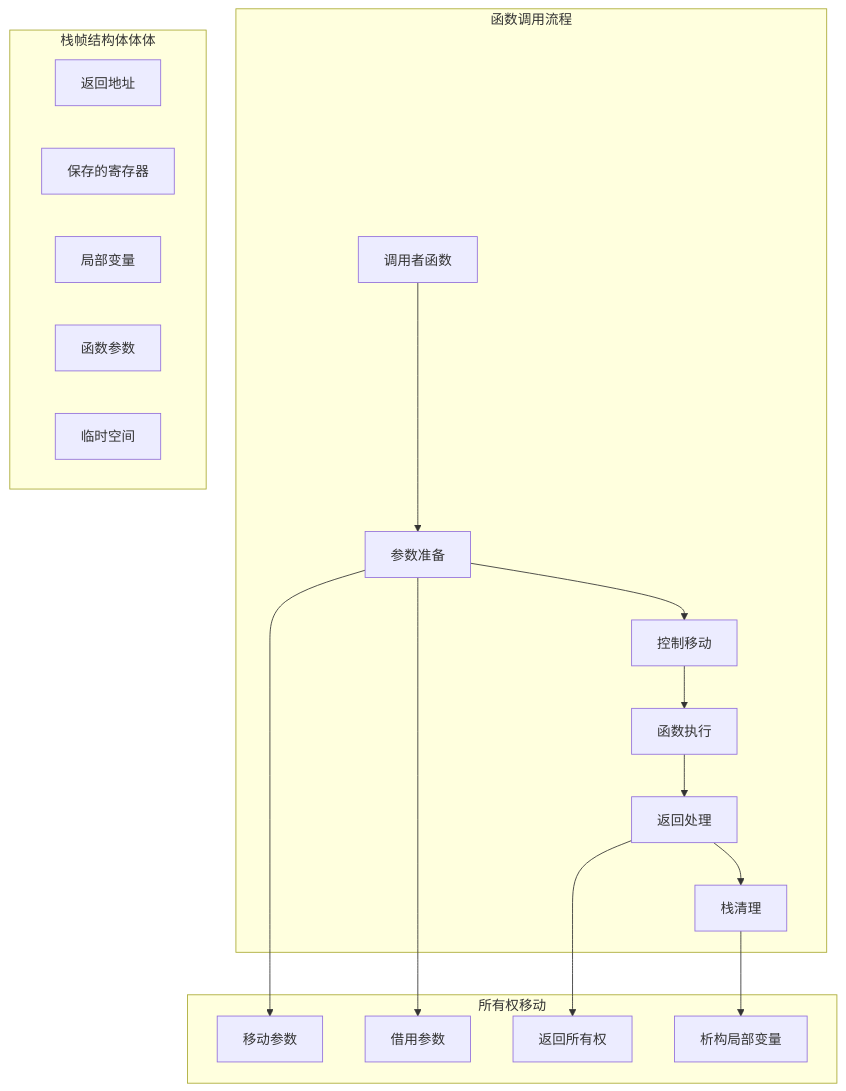
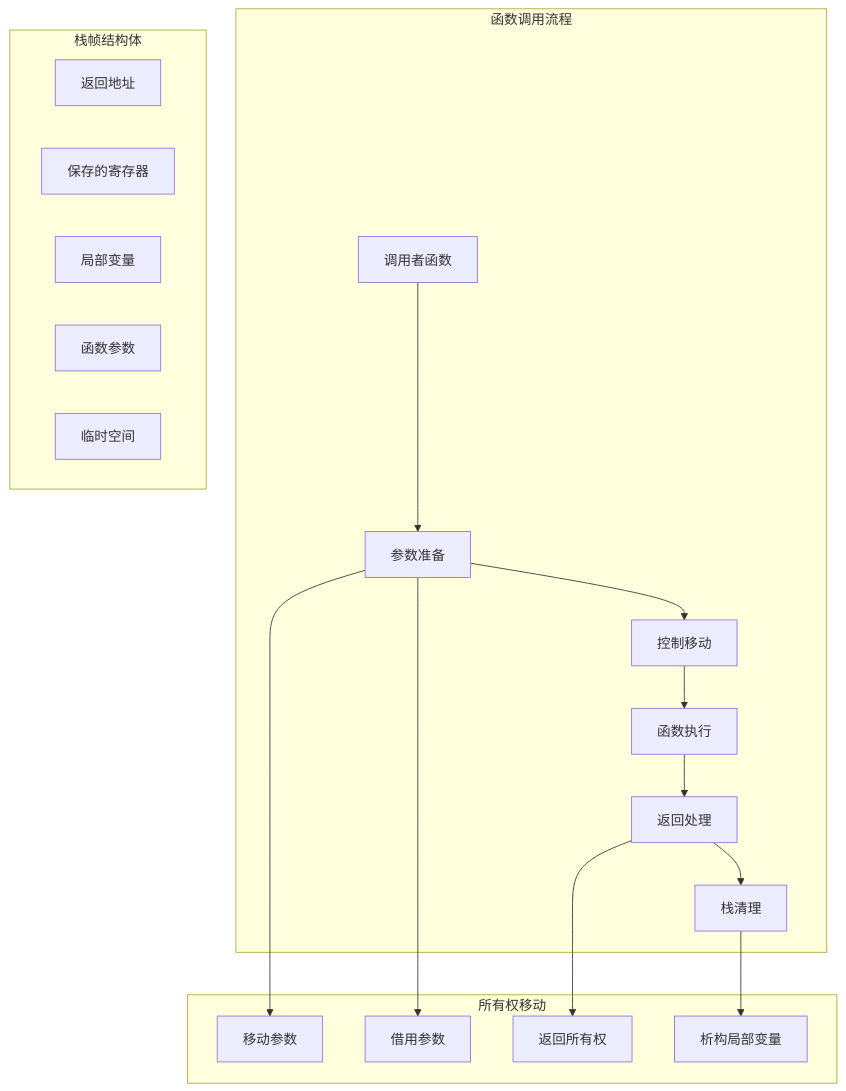
The diagram in formal_rust/analysis/05_function_call_semantics.md (martin-ly/rust-lang), drawn with Mermaid before and after one commit. The commit also changed other lines of this file and 4856 other files, not shown here.

````diff
--- a/formal_rust/analysis/05_function_call_semantics.md
+++ b/formal_rust/analysis/05_function_call_semantics.md
@@ -24,37 +24,37 @@
 ```mermaid
 graph TB
     subgraph "函数调用流程"
         Caller[调用者函数]
         Prepare[参数准备]
         Transfer[控制移动]
         Execute[函数执行]
         Return[返回处理]
         Cleanup[栈清理]
     end
     
-    subgraph "栈帧结构体体体"
+    subgraph "栈帧结构体"
         RetAddr[返回地址]
         SavedRegs[保存的寄存器]
         LocalVars[局部变量]
         Args[函数参数]
         TempSpace[临时空间]
     end
     
     subgraph "所有权移动"
         MoveArgs[移动参数]
         BorrowArgs[借用参数]
         ReturnOwnership[返回所有权]
         DropLocals[析构局部变量]
     end
     
     Caller --> Prepare
     Prepare --> Transfer
     Transfer --> Execute
     Execute --> Return
     Return --> Cleanup
     
     Prepare --> MoveArgs
     Prepare --> BorrowArgs
     Return --> ReturnOwnership
     Cleanup --> DropLocals
 ```
````
